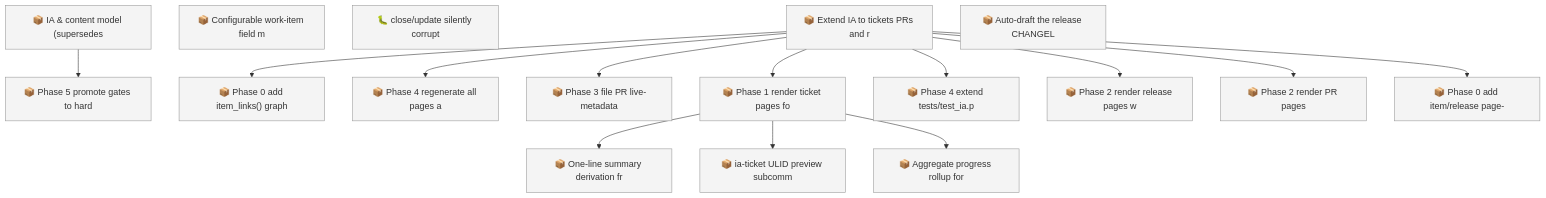
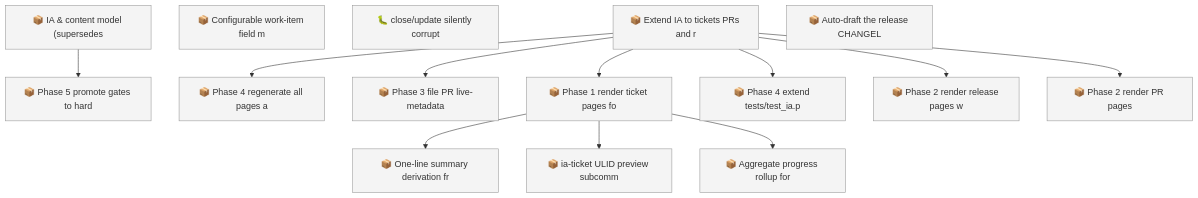
The first of 2 diagrams in docs/roadmap.md (SpillwaveSolutions/wiki_ticket_sdd), drawn with Mermaid before and after one commit. The commit also changed other lines of this file and 11 other files, not shown here.

First line of the commit message:
feat(ia): Phase 0 foundation for artifact pages — page-name + graph helpers

````diff
--- a/docs/roadmap.md
+++ b/docs/roadmap.md
@@ -77,34 +75,30 @@
 ```mermaid
 graph TD
     01KY5G9ZW0H2YMNWDFJYGRPYE5["📦 IA & content model (supersedes"]
     01KY5G9ZW0RABXWHEMEP1FAV2G["📦 Phase 5 promote gates to hard"]
     01KY5NE0ZYGBWG44N0KPEBFCZ8["📦 Configurable work-item field m"]
     01KYA99TVCGX79HFNHN1DVT7Y6["🐛 close/update silently corrupt"]
-    01KYABYEQP3YCB9AVHRPCTCMRS["📦 Phase 0 add item_links() graph"]
     01KYABYEQP8ANXGYPBCV2T20D8["📦 Extend IA to tickets PRs and r"]
     01KYABYEQP9FDY8THDV79F324G["📦 One-line summary derivation fr"]
     01KYABYEQPAFJM7WC3XZV6YY76["📦 ia-ticket ULID preview subcomm"]
     01KYABYEQPDS2VFQKQ7B6YXZVR["📦 Phase 4 regenerate all pages a"]
     01KYABYEQPF8N2K26ENRKREE0W["📦 Phase 3 file PR live-metadata"]
     01KYABYEQPK6PV87WNZXEYRB12["📦 Phase 1 render ticket pages fo"]
     01KYABYEQPNK7HHH5CMAR2V1JG["📦 Phase 4 extend tests/test_ia.p"]
     01KYABYEQPP82DJEN19F43YRAE["📦 Phase 2 render release pages w"]
     01KYABYEQPRM8308SYFPR8X437["📦 Aggregate progress rollup for"]
     01KYABYEQPW8Q2RGGTNP71W88E["📦 Phase 2 render PR pages"]
-    01KYABYEQPXZAAY0VWF6Z8TQ27["📦 Phase 0 add item/release page-"]
     01KYAC0AC01R4C6W7YY1X8NVRV["📦 Auto-draft the release CHANGEL"]
     01KY5G9ZW0H2YMNWDFJYGRPYE5 --> 01KY5G9ZW0RABXWHEMEP1FAV2G
-    01KYABYEQP8ANXGYPBCV2T20D8 --> 01KYABYEQP3YCB9AVHRPCTCMRS
     01KYABYEQPK6PV87WNZXEYRB12 --> 01KYABYEQP9FDY8THDV79F324G
     01KYABYEQPK6PV87WNZXEYRB12 --> 01KYABYEQPAFJM7WC3XZV6YY76
     01KYABYEQP8ANXGYPBCV2T20D8 --> 01KYABYEQPDS2VFQKQ7B6YXZVR
     01KYABYEQP8ANXGYPBCV2T20D8 --> 01KYABYEQPF8N2K26ENRKREE0W
     01KYABYEQP8ANXGYPBCV2T20D8 --> 01KYABYEQPK6PV87WNZXEYRB12
     01KYABYEQP8ANXGYPBCV2T20D8 --> 01KYABYEQPNK7HHH5CMAR2V1JG
     01KYABYEQP8ANXGYPBCV2T20D8 --> 01KYABYEQPP82DJEN19F43YRAE
     01KYABYEQPK6PV87WNZXEYRB12 --> 01KYABYEQPRM8308SYFPR8X437
     01KYABYEQP8ANXGYPBCV2T20D8 --> 01KYABYEQPW8Q2RGGTNP71W88E
-    01KYABYEQP8ANXGYPBCV2T20D8 --> 01KYABYEQPXZAAY0VWF6Z8TQ27
     classDef todo fill:#f4f4f4,stroke:#999999
-    class 01KY5G9ZW0H2YMNWDFJYGRPYE5,01KY5G9ZW0RABXWHEMEP1FAV2G,01KY5NE0ZYGBWG44N0KPEBFCZ8,01KYA99TVCGX79HFNHN1DVT7Y6,01KYABYEQP3YCB9AVHRPCTCMRS,01KYABYEQP8ANXGYPBCV2T20D8,01KYABYEQP9FDY8THDV79F324G,01KYABYEQPAFJM7WC3XZV6YY76,01KYABYEQPDS2VFQKQ7B6YXZVR,01KYABYEQPF8N2K26ENRKREE0W,01KYABYEQPK6PV87WNZXEYRB12,01KYABYEQPNK7HHH5CMAR2V1JG,01KYABYEQPP82DJEN19F43YRAE,01KYABYEQPRM8308SYFPR8X437,01KYABYEQPW8Q2RGGTNP71W88E,01KYABYEQPXZAAY0VWF6Z8TQ27,01KYAC0AC01R4C6W7YY1X8NVRV todo
+    class 01KY5G9ZW0H2YMNWDFJYGRPYE5,01KY5G9ZW0RABXWHEMEP1FAV2G,01KY5NE0ZYGBWG44N0KPEBFCZ8,01KYA99TVCGX79HFNHN1DVT7Y6,01KYABYEQP8ANXGYPBCV2T20D8,01KYABYEQP9FDY8THDV79F324G,01KYABYEQPAFJM7WC3XZV6YY76,01KYABYEQPDS2VFQKQ7B6YXZVR,01KYABYEQPF8N2K26ENRKREE0W,01KYABYEQPK6PV87WNZXEYRB12,01KYABYEQPNK7HHH5CMAR2V1JG,01KYABYEQPP82DJEN19F43YRAE,01KYABYEQPRM8308SYFPR8X437,01KYABYEQPW8Q2RGGTNP71W88E,01KYAC0AC01R4C6W7YY1X8NVRV todo
 ```
````
